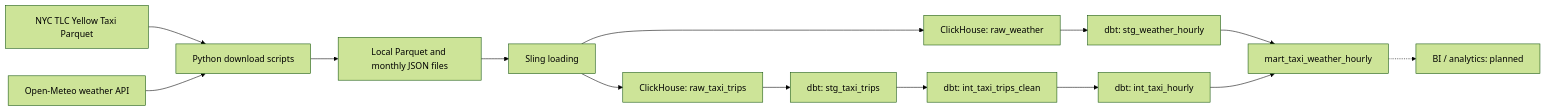
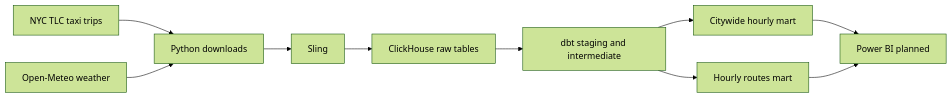
The diagram in README.md (MantsovKir/nyc-taxi-weather-pipeline), drawn with Mermaid (forest theme) before and after one commit. The commit also changed other lines of this file and 10 other files, not shown here.

Commit message:
feat: add hourly taxi routes and zone map data

````diff
--- a/README.md
+++ b/README.md
@@ -11,16 +13,12 @@
 ```mermaid
 flowchart LR
-    T[NYC TLC Yellow Taxi Parquet] --> P[Python download scripts]
-    W[Open-Meteo weather API] --> P
-    P --> F[Local Parquet and monthly JSON files]
-    F --> S[Sling loading]
-    S --> RT[ClickHouse: raw_taxi_trips]
-    S --> RW[ClickHouse: raw_weather]
-    RT --> ST[dbt: stg_taxi_trips]
-    RW --> SW[dbt: stg_weather_hourly]
-    ST --> CT[dbt: int_taxi_trips_clean]
-    CT --> HT[dbt: int_taxi_hourly]
-    SW --> M[mart_taxi_weather_hourly]
-    HT --> M
-    M -.-> BI[BI / analytics: planned]
+    T[NYC TLC taxi trips] --> P[Python downloads]
+    W[Open-Meteo weather] --> P
+    P --> S[Sling]
+    S --> R[ClickHouse raw tables]
+    R --> D[dbt staging and intermediate]
+    D --> C[Citywide hourly mart]
+    D --> Z[Hourly routes mart]
+    C --> BI[Power BI planned]
+    Z --> BI
 ```
````
